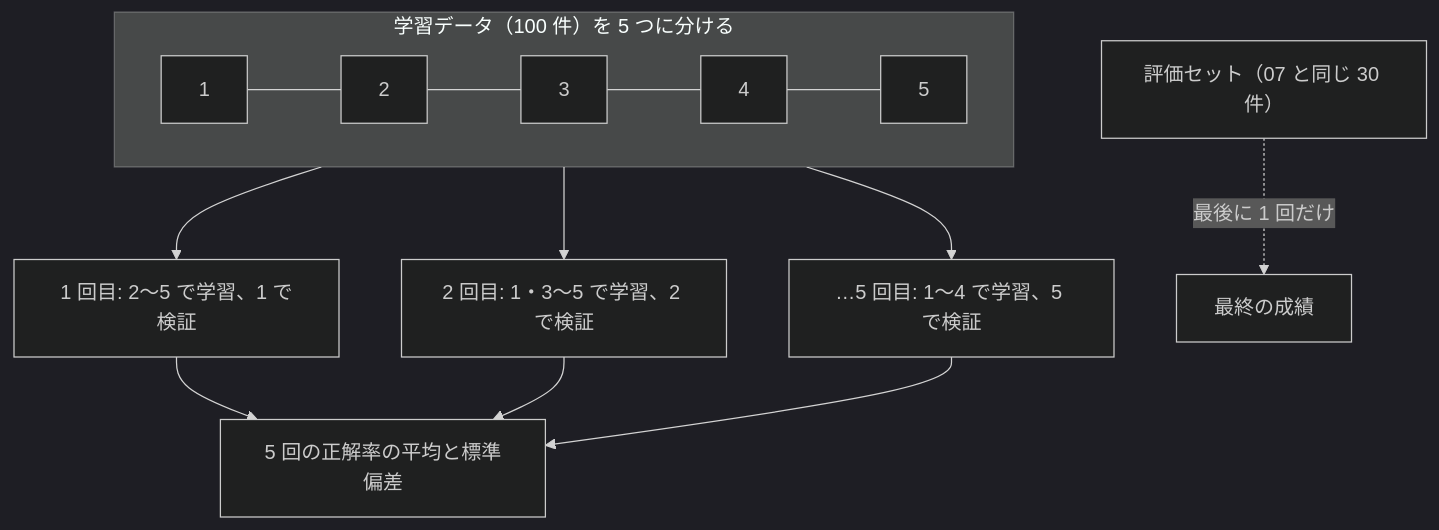
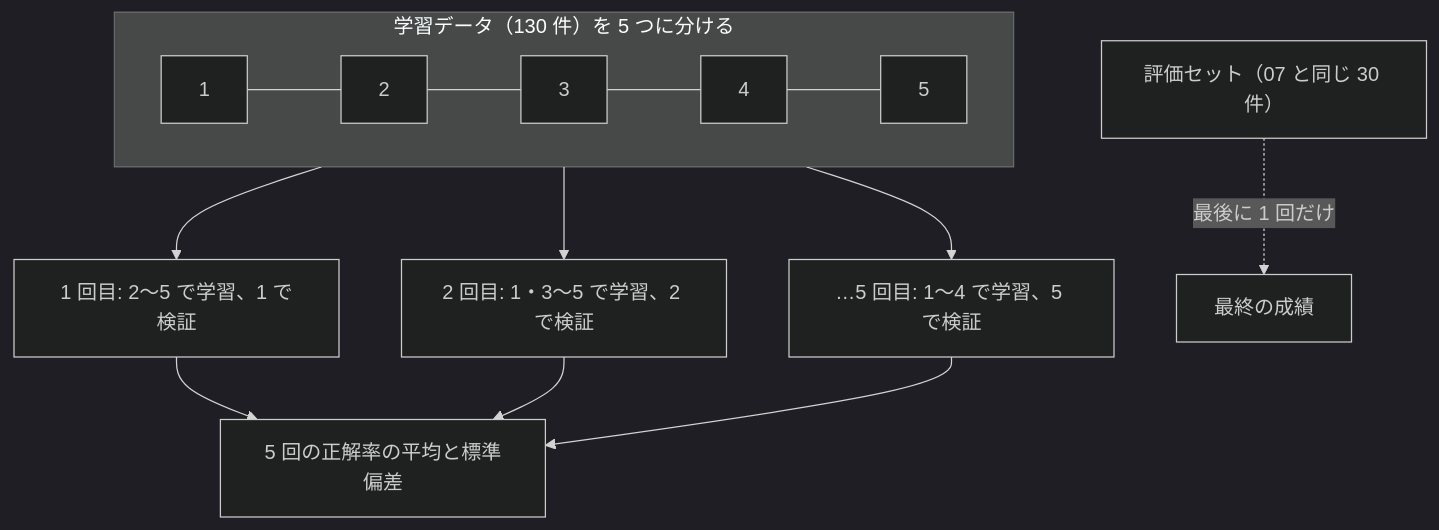
The diagram in docs/04-ml/04-4-metrics-validation.md (shoyo-maya-bot/ai-engineer-roadmap), drawn with Mermaid (dark theme) before and after one commit. The commit also changed other lines of this file and 15 other files, not shown here.

````diff
--- a/docs/04-ml/04-4-metrics-validation.md
+++ b/docs/04-ml/04-4-metrics-validation.md
@@ -18,14 +18,14 @@
 ```mermaid
 flowchart TB
-  subgraph 学習データ["学習データ（100 件）を 5 つに分ける"]
+  subgraph 学習データ["学習データ（130 件）を 5 つに分ける"]
     direction LR
     A1["1"] --- A2["2"] --- A3["3"] --- A4["4"] --- A5["5"]
   end
   学習データ --> R1["1 回目: 2〜5 で学習、1 で検証"]
   学習データ --> R2["2 回目: 1・3〜5 で学習、2 で検証"]
   学習データ --> R5["…5 回目: 1〜4 で学習、5 で検証"]
   R1 --> M["5 回の正解率の平均と標準偏差"]
   R2 --> M
   R5 --> M
   E["評価セット（07 と同じ 30 件）"] -.->|最後に 1 回だけ| F["最終の成績"]
 ```
````
